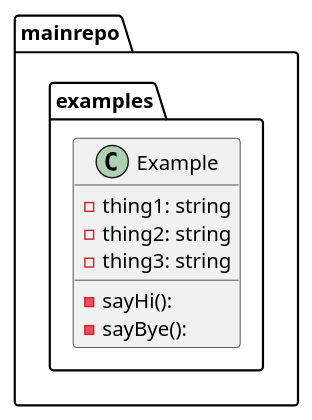
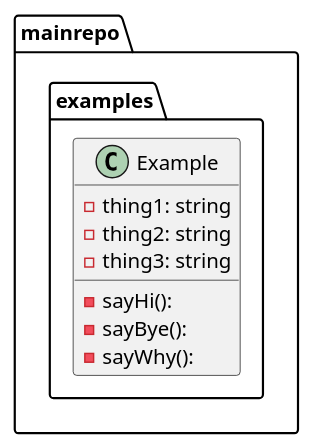
One commit to tbal999/pumlaction changed the diagram in graph.puml. Above: the diagram before and after it, drawn with PlantUML.

Commit message:
generated puml file

```diff
--- a/graph.puml
+++ b/graph.puml
@@ -1,12 +1,13 @@
 @startuml
 package ...mainrepo.examples{
 class Example {
 -thing1: string
 -thing2: string
 -thing3: string
 -sayHi(): 
 -sayBye(): 
+-sayWhy(): 
 }
 }
 
 @enduml
```
